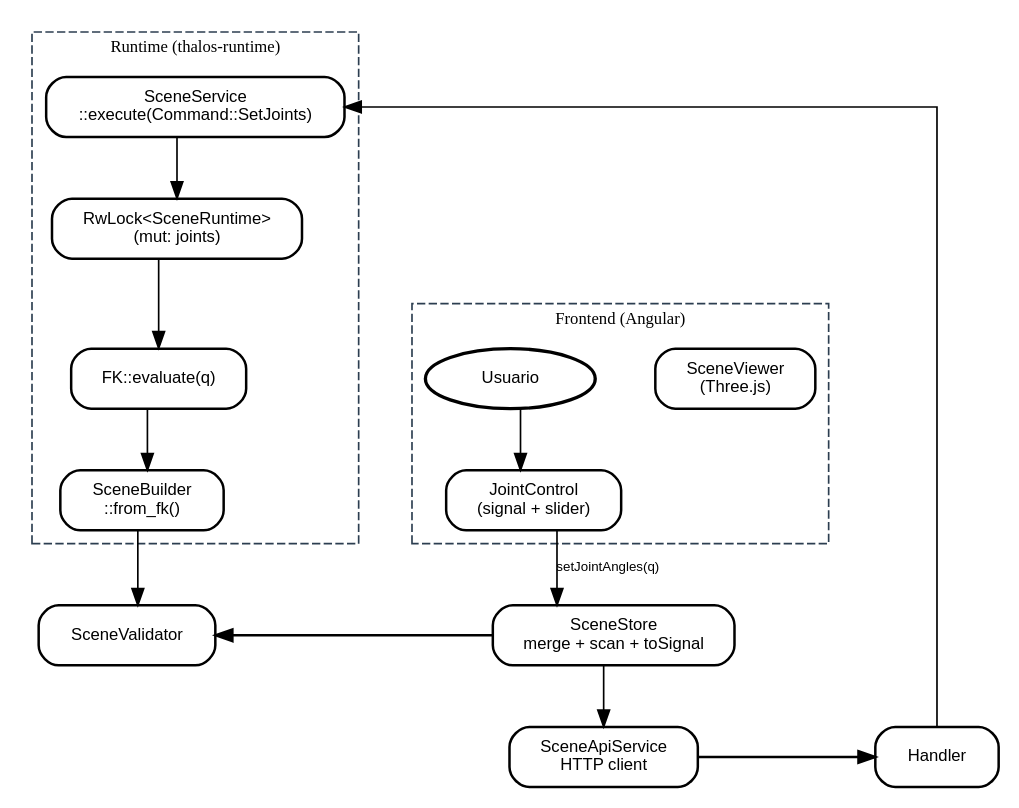
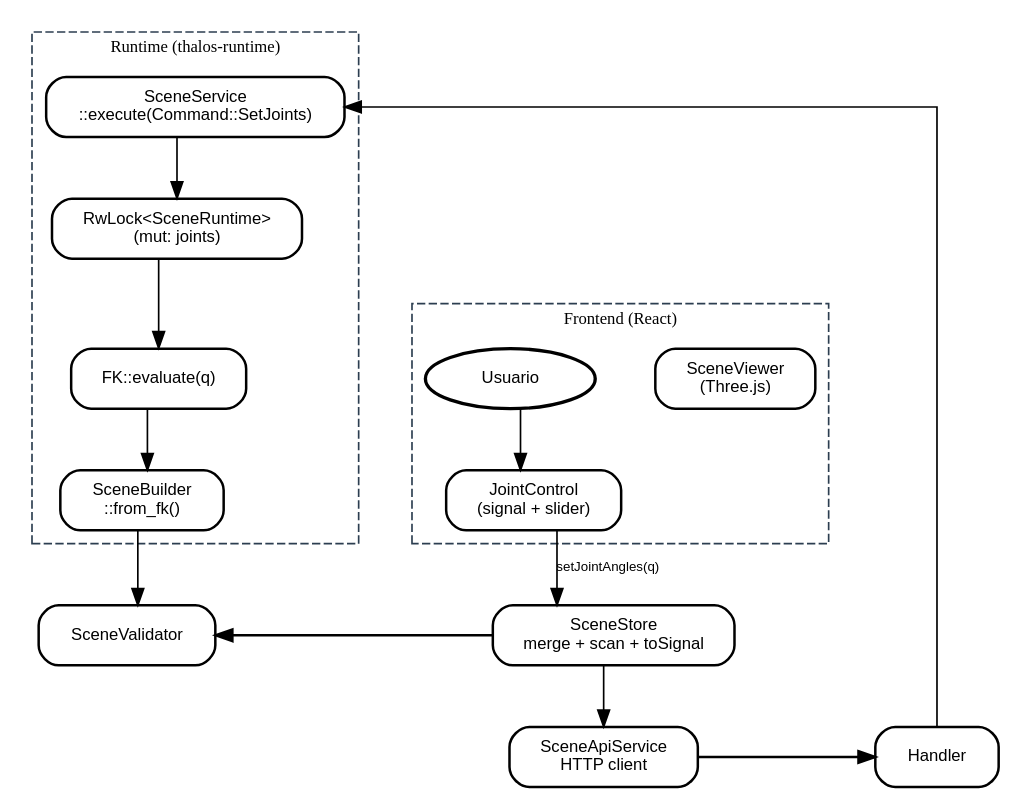
The first of 3 diagrams in docs/flow.qmd (Void-CA/Thalos), drawn with Graphviz before and after one commit. The commit also changed other lines of this file and 9 other files, not shown here.

Commit message:
refactor: update documentation to reflect frontend migration from Angular to React

````diff
--- a/docs/flow.qmd
+++ b/docs/flow.qmd
@@ -13,59 +13,59 @@
 ```{dot}
 //| fig-cap: "Pipeline SetJoints — el usuario mueve un slider y ve el resultado"
 //| label: fig-pipeline-e2e
 digraph e2e {
     rankdir=TB;
     splines=ortho;
     nodesep=0.5;
     ranksep=0.5;
     
     node [shape=box, style=rounded, penwidth=1.5, fontname="sans-serif", fontsize=10, margin="0.25,0.1"];
     edge [fontsize=8, fontname="sans-serif"];
 
     subgraph cluster_frontend {
-        label="Frontend (Angular)";
+        label="Frontend (React)";
         style=dashed;
         penwidth=1;
         fontsize=10;
         color="#2c3e50";
         
         user    [label="Usuario", shape=oval, penwidth=2];
         jctrl   [label="JointControl\n(signal + slider)"];
         sstore  [label="SceneStore\nmerge + scan + toSignal"];
         asvc    [label="SceneApiService\nHTTP client"];
         sview   [label="SceneViewer\n(Three.js)"];
         
         user -> jctrl;
         jctrl -> sstore [label="setJointAngles(q)"];
         sstore -> asvc;
     }
 
     subgraph cluster_runtime {
         label="Runtime (thalos-runtime)";
         style=dashed;
         penwidth=1;
         fontsize=10;
         color="#2c3e50";
         
         handler [label="Handler"];
         service [label="SceneService\n::execute(Command::SetJoints)"];
         runtime [label="RwLock<SceneRuntime>\n(mut: joints)"];
         fk      [label="FK::evaluate(q)"];
         builder [label="SceneBuilder\n::from_fk()"];
         vld     [label="SceneValidator"];
         
         handler -> service;
         service -> runtime;
         runtime -> fk;
         fk -> builder;
         builder -> vld;
     }
 
     asvc -> handler [label="POST /scene/joints", penwidth=1.5];
     vld -> sstore [label="JSON 200 (RuntimeStateResponse)", penwidth=1.5, dir=back];
     sstore -> sview [style=invis];
     
     { rank=same; asvc; handler; }
     { rank=same; vld; sstore; }
 }
 ```
````
